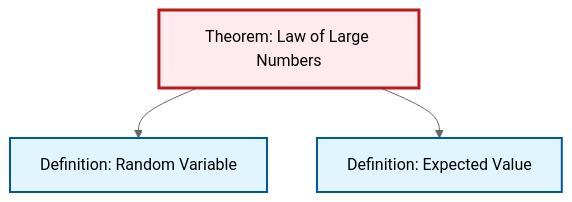
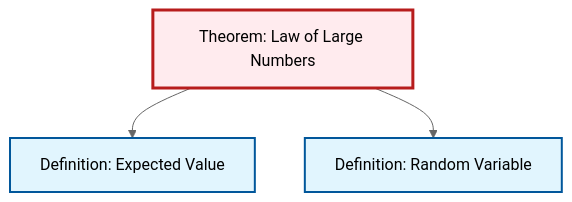
The second of 2 diagrams in content/ja/probability-statistics/thm-law-of-large-numbers.qmd (RK0429/ModernMath), drawn with Mermaid (neutral theme) before and after one commit. The commit also changed other lines of this file and 434 other files, not shown here.

````diff
--- a/content/ja/probability-statistics/thm-law-of-large-numbers.qmd
+++ b/content/ja/probability-statistics/thm-law-of-large-numbers.qmd
@@ -82,17 +82,17 @@
 ```{mermaid}
 %%| fig-cap: "Local dependency graph"
 graph TD
     classDef definition fill:#e1f5fe,stroke:#01579b,stroke-width:2px
     classDef theorem fill:#f3e5f5,stroke:#4a148c,stroke-width:2px
     classDef axiom fill:#fff3e0,stroke:#e65100,stroke-width:2px
     classDef example fill:#e8f5e9,stroke:#1b5e20,stroke-width:2px
     classDef current fill:#ffebee,stroke:#b71c1c,stroke-width:3px
+    def-random-variable["Definition: Random Variable"]:::definition
+    thm-law-of-large-numbers["Theorem: Law of Large Numbers"]:::theorem
     def-expectation["Definition: Expected Value"]:::definition
-    thm-law-of-large-numbers["Theorem: Law of Large Numbers"]:::theorem
-    def-random-variable["Definition: Random Variable"]:::definition
+    thm-law-of-large-numbers --> def-expectation
     thm-law-of-large-numbers --> def-random-variable
-    thm-law-of-large-numbers --> def-expectation
     class thm-law-of-large-numbers current
+    click def-random-variable "def-random-variable.html" "Definition: Random Variableへ"
     click def-expectation "def-expectation.html" "Definition: Expected Valueへ"
-    click def-random-variable "def-random-variable.html" "Definition: Random Variableへ"
 ```
````
